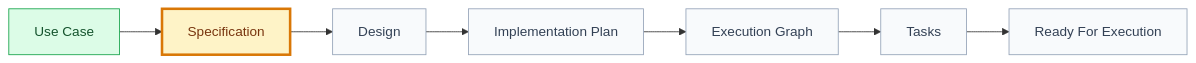
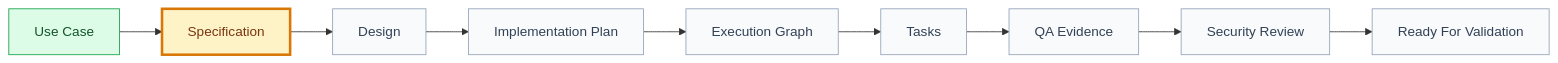
One commit to JonatasFreireDev/spec-framework changed the diagram in audits/readiness/framework-readiness.md. Above: the diagram before and after it, drawn with Mermaid. The commit also changed other lines of this file and 20 other files, not shown here.

Commit message:
Add QA evidence and security review gates

````diff
--- a/audits/readiness/framework-readiness.md
+++ b/audits/readiness/framework-readiness.md
@@ -16,18 +17,20 @@
 ```mermaid
 flowchart LR
   U["Use Case"] --> S["Specification"]
   S --> D["Design"]
   D --> P["Implementation Plan"]
   P --> G["Execution Graph"]
   G --> T["Tasks"]
-  T --> R["Ready For Execution"]
+  T --> Q["QA Evidence"]
+  Q --> SR["Security Review"]
+  SR --> R["Ready For Validation"]
 
   classDef done fill:#dcfce7,stroke:#16a34a,color:#14532d;
   classDef current fill:#fef3c7,stroke:#d97706,color:#78350f,stroke-width:3px;
   classDef pending fill:#f8fafc,stroke:#94a3b8,color:#334155;
   classDef blocked fill:#fee2e2,stroke:#dc2626,color:#7f1d1d;
 
   class U done;
   class S current;
-  class D,P,G,T,R pending;
+  class D,P,G,T,Q,SR,R pending;
 ```
````
